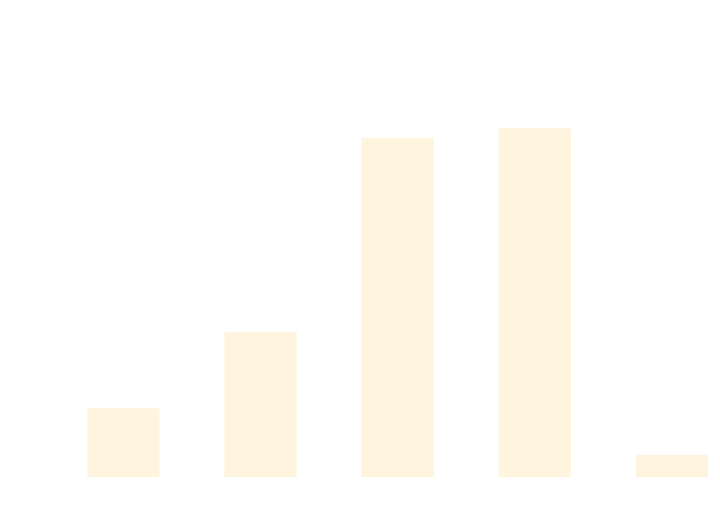
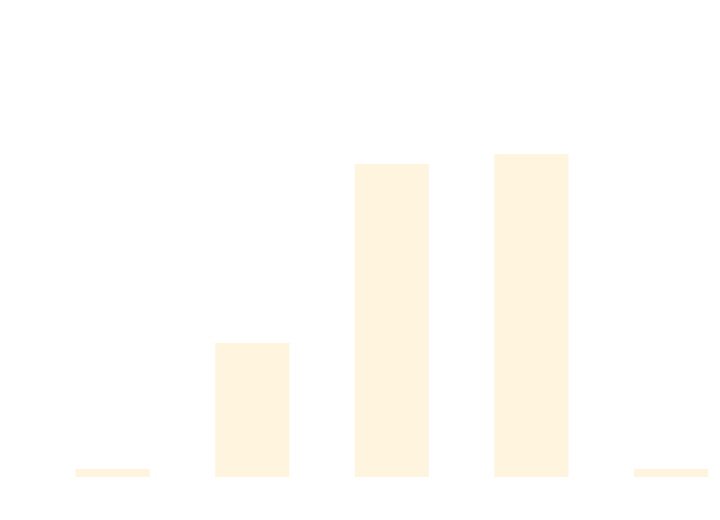
One commit to thomhurst/TUnit changed the diagram in docs/docs/benchmarks/MassiveParallelTests.md. Above: the diagram before and after it, drawn with Mermaid. The commit also changed other lines of this file and 16 other files, not shown here.

````diff
--- a/docs/docs/benchmarks/MassiveParallelTests.md
+++ b/docs/docs/benchmarks/MassiveParallelTests.md
@@ -27,37 +27,37 @@
 ```mermaid
 %%{init: {
   'theme':'base',
   'themeVariables': {
     'primaryColor': '#2563eb',
     'primaryTextColor': '#ffffff',
     'primaryBorderColor': '#1e40af',
     'lineColor': '#6b7280',
     'secondaryColor': '#7c3aed',
     'tertiaryColor': '#dc2626',
     'background': '#ffffff',
     'mainBkg': '#2563eb',
     'secondBkg': '#7c3aed',
     'tertiaryBkg': '#dc2626',
     'clusterBkg': '#f3f4f6',
     'edgeLabelBackground': '#ffffff',
     'tertiaryTextColor': '#1f2937',
     'pie1': '#2563eb',
     'pie2': '#7c3aed',
     'pie3': '#dc2626',
     'pie4': '#f59e0b',
     'pie5': '#10b981',
     'pie6': '#06b6d4',
     'pie7': '#ec4899',
     'pie8': '#6366f1',
     'pie9': '#84cc16',
     'pie10': '#f97316',
     'pie11': '#14b8a6',
     'pie12': '#a855f7'
   }
 }}%%
 xychart-beta
   title "MassiveParallelTests Performance Comparison"
   x-axis ["TUnit", "NUnit", "MSTest", "xUnit3", "TUnit_AOT"]
-  y-axis "Time (ms)" 0 --> 3707
-  bar [550.4, 1240.9, 2998.5, 3088.6, 128.3]
+  y-axis "Time (ms)" 0 --> 4
+  bar [0, 1.233, 2.982, 3.079, 0]
 ```
````
